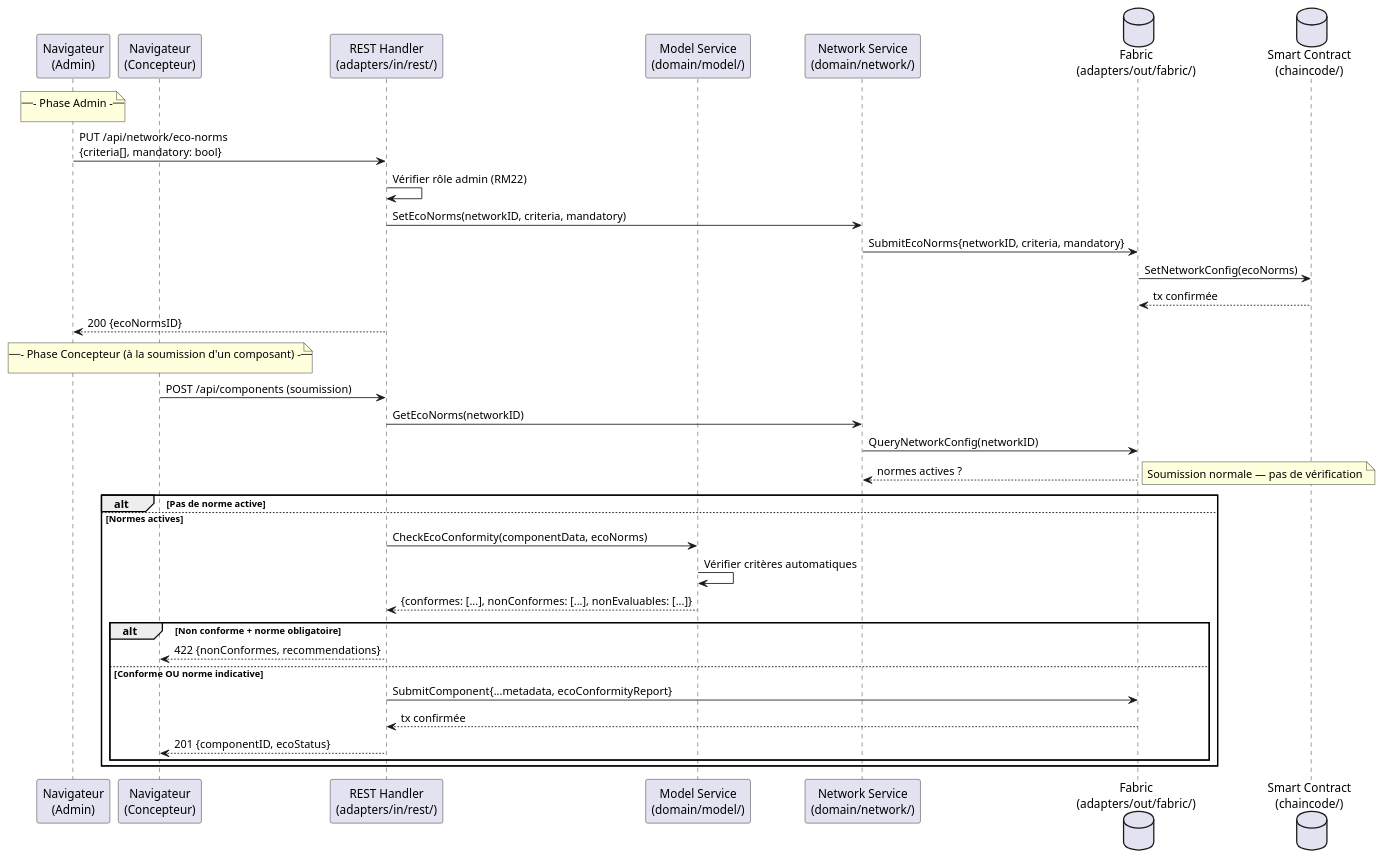
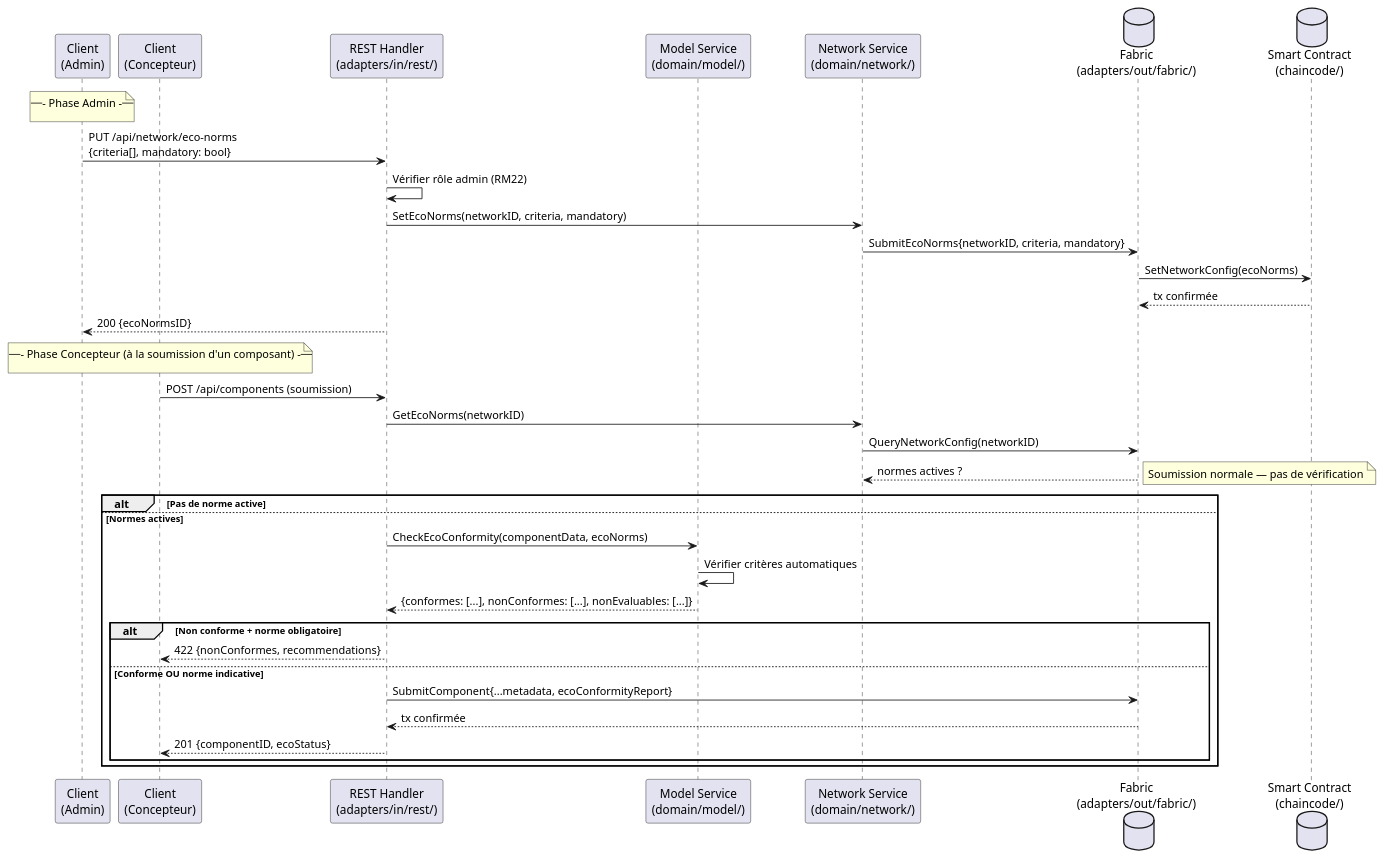
Before and after one commit to olivaux/myr: the second of 2 diagrams in specs/2-Analyse/UCPI-Propriete_Intellectuelle/UCPI10.md, drawn with PlantUML. The commit also changed other lines of this file and 72 other files, not shown here.

````diff
--- a/specs/2-Analyse/UCPI-Propriete_Intellectuelle/UCPI10.md
+++ b/specs/2-Analyse/UCPI-Propriete_Intellectuelle/UCPI10.md
@@ -99,43 +98,43 @@
 ```plantuml
 @startuml
-participant "Navigateur\n(Admin)" as BrowserAdmin
-participant "Navigateur\n(Concepteur)" as BrowserDesigner
+participant "Client\n(Admin)" as BrowserAdmin
+participant "Client\n(Concepteur)" as BrowserDesigner
 participant "REST Handler\n(adapters/in/rest/)" as REST
 participant "Model Service\n(domain/model/)" as ModelSvc
 participant "Network Service\n(domain/network/)" as NetSvc
 database "Fabric\n(adapters/out/fabric/)" as Fabric
 database "Smart Contract\n(chaincode/)" as CC
 
 note over BrowserAdmin : --- Phase Admin ---
 BrowserAdmin -> REST : PUT /api/network/eco-norms\n{criteria[], mandatory: bool}
 REST -> REST : Vérifier rôle admin (RM22)
 REST -> NetSvc : SetEcoNorms(networkID, criteria, mandatory)
 NetSvc -> Fabric : SubmitEcoNorms{networkID, criteria, mandatory}
 Fabric -> CC : SetNetworkConfig(ecoNorms)
 CC --> Fabric : tx confirmée
 REST --> BrowserAdmin : 200 {ecoNormsID}
 
 note over BrowserDesigner : --- Phase Concepteur (à la soumission d'un composant) ---
 BrowserDesigner -> REST : POST /api/components (soumission)
 REST -> NetSvc : GetEcoNorms(networkID)
 NetSvc -> Fabric : QueryNetworkConfig(networkID)
 Fabric --> NetSvc : normes actives ?
 
 alt Pas de norme active
     note right : Soumission normale — pas de vérification
 else Normes actives
     REST -> ModelSvc : CheckEcoConformity(componentData, ecoNorms)
     ModelSvc -> ModelSvc : Vérifier critères automatiques
     ModelSvc --> REST : {conformes: [...], nonConformes: [...], nonEvaluables: [...]}
 
     alt Non conforme + norme obligatoire
         REST --> BrowserDesigner : 422 {nonConformes, recommendations}
     else Conforme OU norme indicative
         REST -> Fabric : SubmitComponent{...metadata, ecoConformityReport}
         Fabric --> REST : tx confirmée
         REST --> BrowserDesigner : 201 {componentID, ecoStatus}
     end
 end
 
 @enduml
 ```
````
